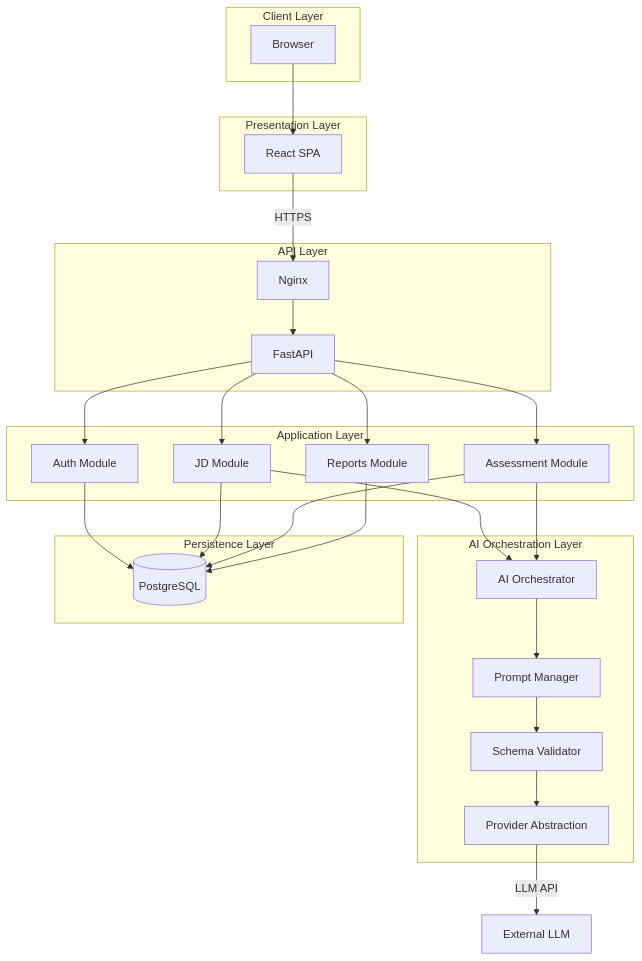
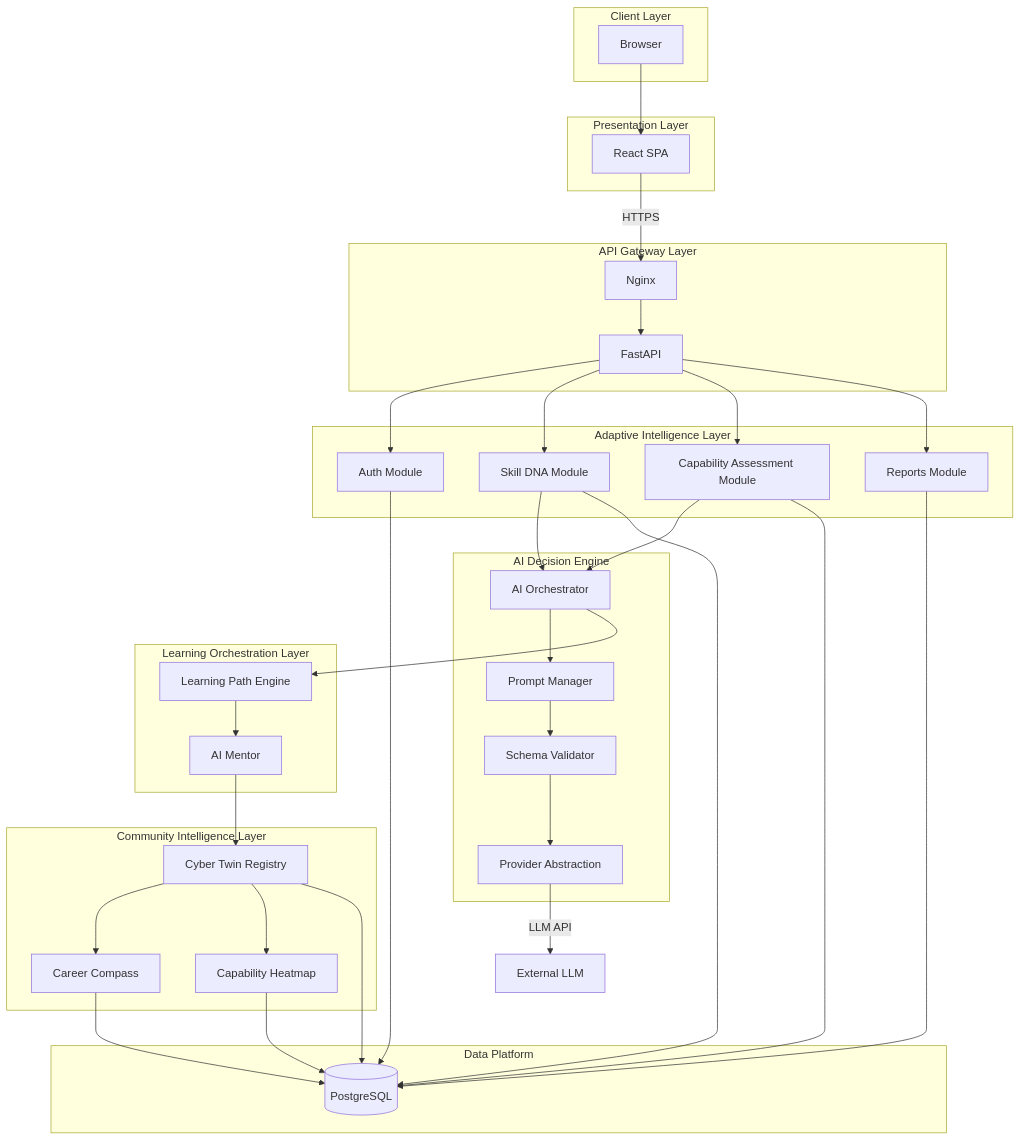
Before and after one commit to BL4CK-0PS/AegisIQ: the third of 13 diagrams in README.md, drawn with Mermaid. The commit also changed other lines of this file and 88 other files, not shown here.

First line of the commit message:
docs: enhance all 40 docs with Mermaid diagrams and Related Documents

````diff
--- a/README.md
+++ b/README.md
@@ -195,46 +217,63 @@
 ```mermaid
 flowchart TD
     subgraph Client["Client Layer"]
         B["Browser"]
     end
     subgraph Presentation["Presentation Layer"]
         R["React SPA"]
     end
-    subgraph API["API Layer"]
+    subgraph API["API Gateway Layer"]
         NG["Nginx"]
         FAST["FastAPI"]
     end
-    subgraph App["Application Layer"]
+    subgraph Adaptive["Adaptive Intelligence Layer"]
         MD["Auth Module"]
-        MD2["JD Module"]
-        MD3["Assessment Module"]
+        MD2["Skill DNA Module"]
+        MD3["Capability Assessment Module"]
         MD4["Reports Module"]
     end
-    subgraph AI["AI Orchestration Layer"]
+    subgraph AI["AI Decision Engine"]
         AIO["AI Orchestrator"]
         PM["Prompt Manager"]
         SC["Schema Validator"]
         PV["Provider Abstraction"]
     end
-    subgraph Storage["Persistence Layer"]
+    subgraph Learning["Learning Orchestration Layer"]
+        LPE["Learning Path Engine"]
+        AM["AI Mentor"]
+    end
+    subgraph Community["Community Intelligence Layer"]
+        CT["Cyber Twin Registry"]
+        CC["Career Compass"]
+        CH["Capability Heatmap"]
+    end
+    subgraph Storage["Data Platform"]
         PG[("PostgreSQL")]
     end
 
     B --> R
     R -->|HTTPS| NG
     NG --> FAST
     FAST --> MD
     FAST --> MD2
     FAST --> MD3
     FAST --> MD4
     MD2 --> AIO
     MD3 --> AIO
     AIO --> PM
     PM --> SC
     SC --> PV
     PV -->|"LLM API"| EXT["External LLM"]
     MD --> PG
     MD2 --> PG
     MD3 --> PG
     MD4 --> PG
+    AIO --> LPE
+    LPE --> AM
+    AM --> CT
+    CT --> CC
+    CT --> CH
+    CT --> PG
+    CC --> PG
+    CH --> PG
 ```
````
